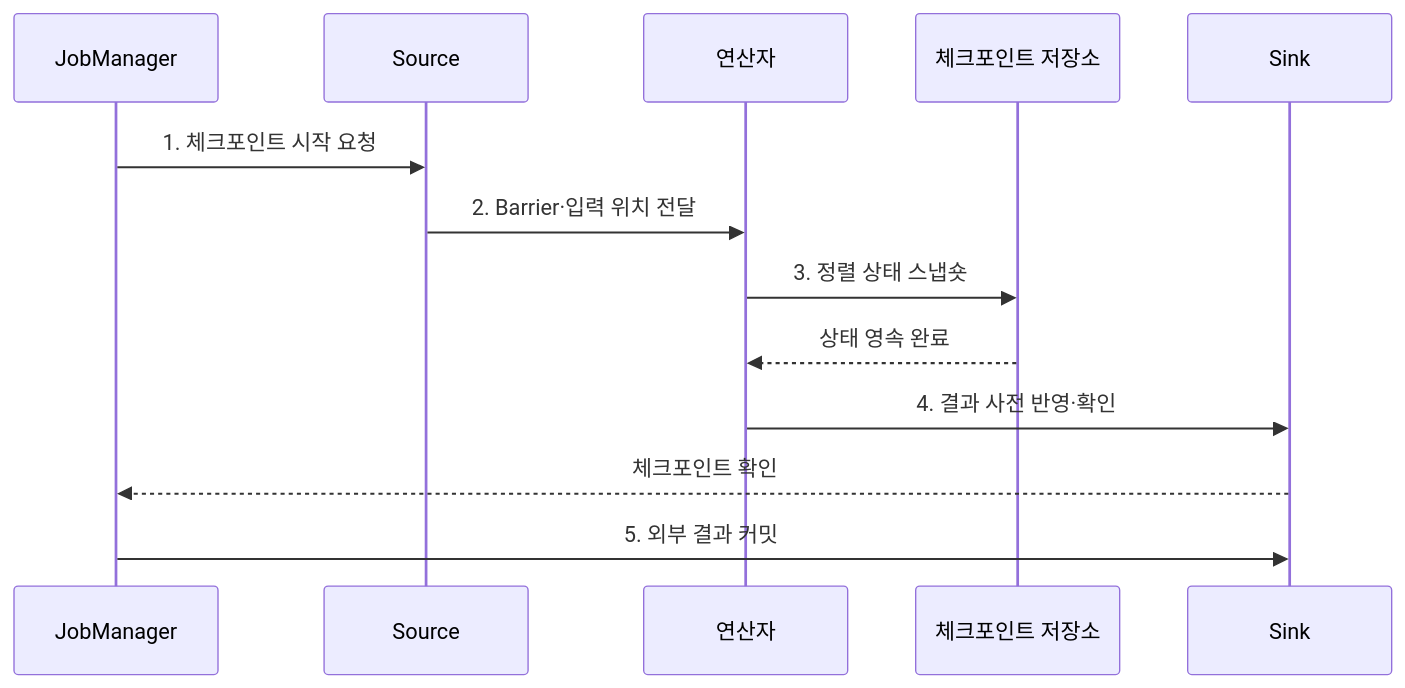
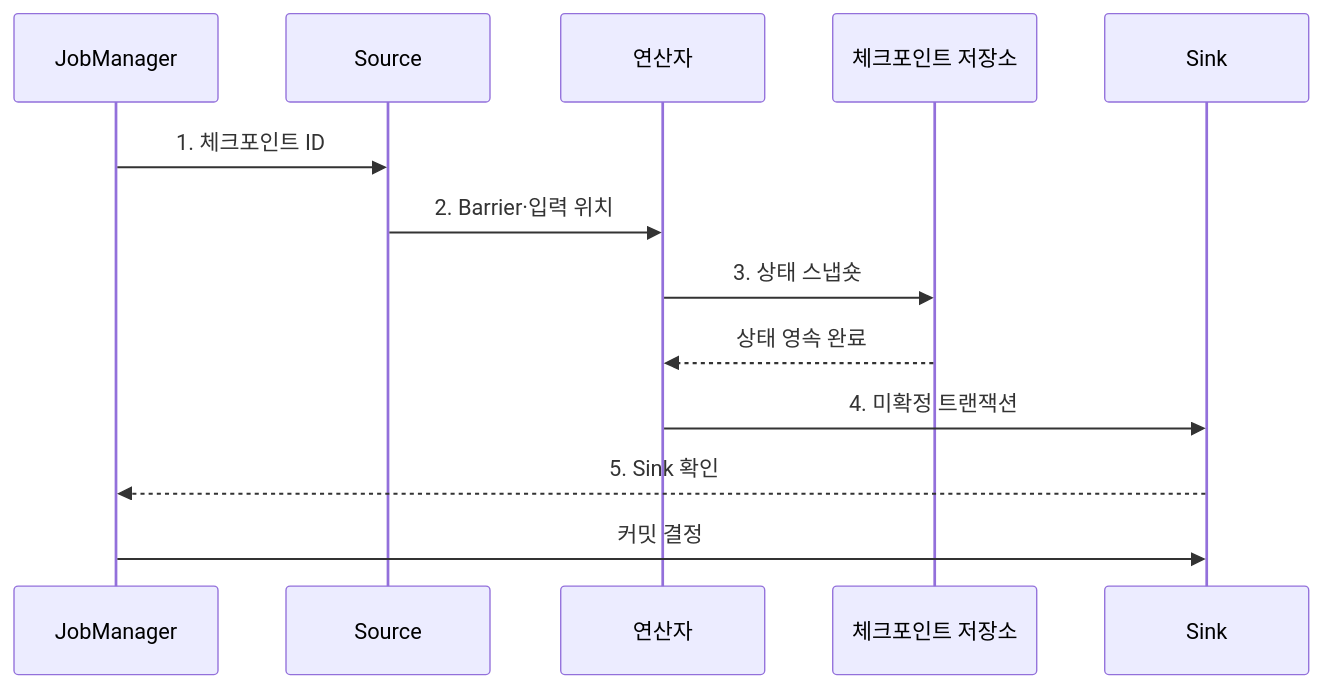
One commit to agnusdei1207/knowledge-base changed the second of 2 diagrams in src/content/docs/notes/03-software/120_apache_flink.md. Above: the diagram before and after it, drawn with Mermaid. The commit also changed other lines of this file and 20 other files, not shown here.

````diff
--- a/src/content/docs/notes/03-software/120_apache_flink.md
+++ b/src/content/docs/notes/03-software/120_apache_flink.md
@@ -83,15 +92,15 @@
 ```mermaid
 sequenceDiagram
     participant J as JobManager
     participant S as Source
     participant O as 연산자
     participant C as 체크포인트 저장소
     participant K as Sink
-    J->>S: 1. 체크포인트 시작 요청
-    S->>O: 2. Barrier·입력 위치 전달
-    O->>C: 3. 정렬 상태 스냅숏
+    J->>S: 1. 체크포인트 ID
+    S->>O: 2. Barrier·입력 위치
+    O->>C: 3. 상태 스냅숏
     C-->>O: 상태 영속 완료
-    O->>K: 4. 결과 사전 반영·확인
-    K-->>J: 체크포인트 확인
-    J->>K: 5. 외부 결과 커밋
+    O->>K: 4. 미확정 트랜잭션
+    K-->>J: 5. Sink 확인
+    J->>K: 커밋 결정
 ```
````
